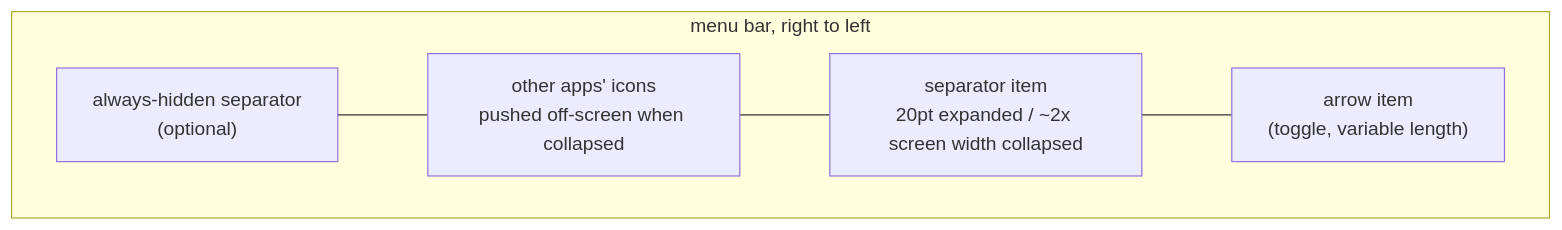
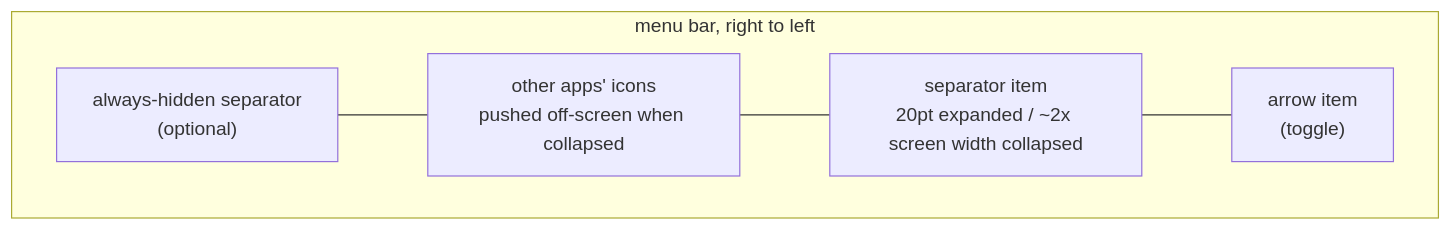
The first of 2 diagrams in docs/ARCHITECTURE.md (Bruno-Alumn/Tuckaway), drawn with Mermaid before and after one commit. The commit also changed other lines of this file and 6 other files, not shown here.

````diff
--- a/docs/ARCHITECTURE.md
+++ b/docs/ARCHITECTURE.md
@@ -16,11 +48,11 @@
 ```mermaid
 flowchart LR
     subgraph menubar [menu bar, right to left]
         direction RL
-        ARROW["arrow item\n(toggle, variable length)"]
+        ARROW["arrow item\n(toggle)"]
         SEP["separator item\n20pt expanded / ~2x screen width collapsed"]
         HIDDEN["other apps' icons\npushed off-screen when collapsed"]
         ALWAYS["always-hidden separator\n(optional)"]
     end
     ARROW --- SEP --- HIDDEN --- ALWAYS
 ```
````
